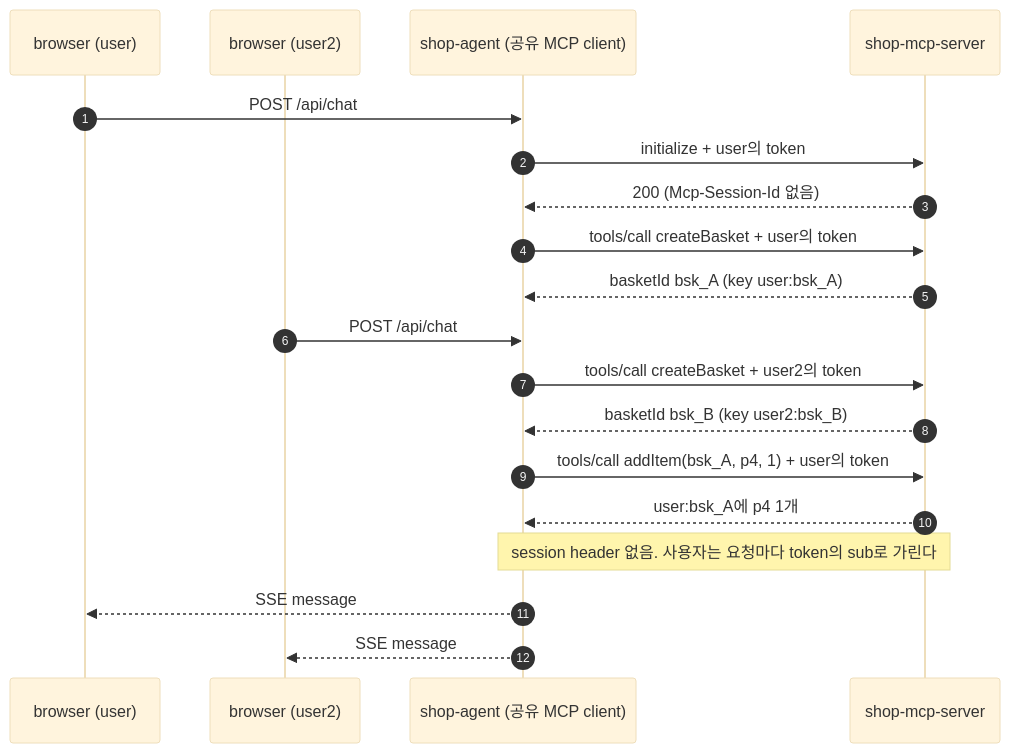
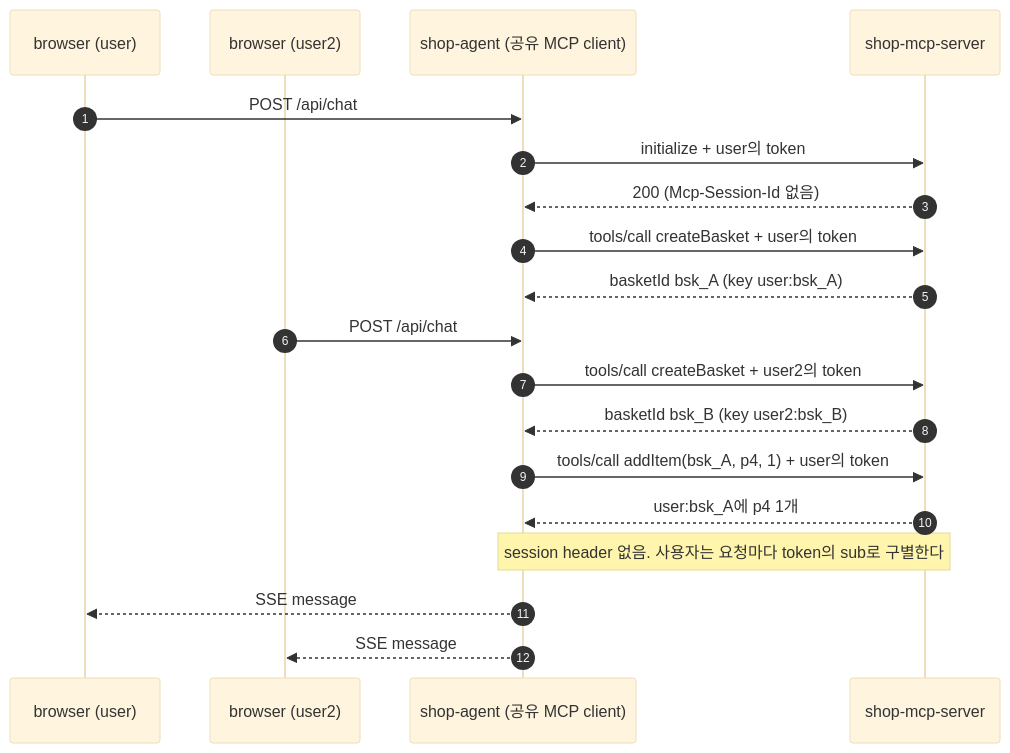
Before and after one commit to starryeye/spring-ai: the diagram in practice/mcp-stateless-handle/README.md, drawn with Mermaid (base theme). The commit also changed other lines of this file and 2 other files, not shown here.

````diff
--- a/practice/mcp-stateless-handle/README.md
+++ b/practice/mcp-stateless-handle/README.md
@@ -56,21 +57,21 @@
 ```mermaid
 sequenceDiagram
     autonumber
     participant U as browser (user)
     participant V as browser (user2)
     participant G as shop-agent (공유 MCP client)
     participant S as shop-mcp-server
     U->>G: POST /api/chat
     G->>S: initialize + user의 token
     S-->>G: 200 (Mcp-Session-Id 없음)
     G->>S: tools/call createBasket + user의 token
     S-->>G: basketId bsk_A (key user:bsk_A)
     V->>G: POST /api/chat
     G->>S: tools/call createBasket + user2의 token
     S-->>G: basketId bsk_B (key user2:bsk_B)
     G->>S: tools/call addItem(bsk_A, p4, 1) + user의 token
     S-->>G: user:bsk_A에 p4 1개
-    Note over G,S: session header 없음. 사용자는 요청마다 token의 sub로 가린다
+    Note over G,S: session header 없음. 사용자는 요청마다 token의 sub로 구별한다
     G-->>U: SSE message
     G-->>V: SSE message
 ```
````
